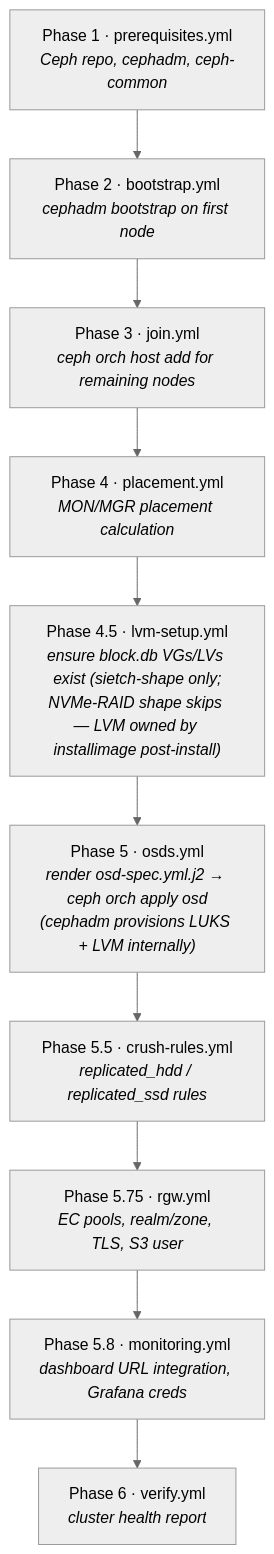
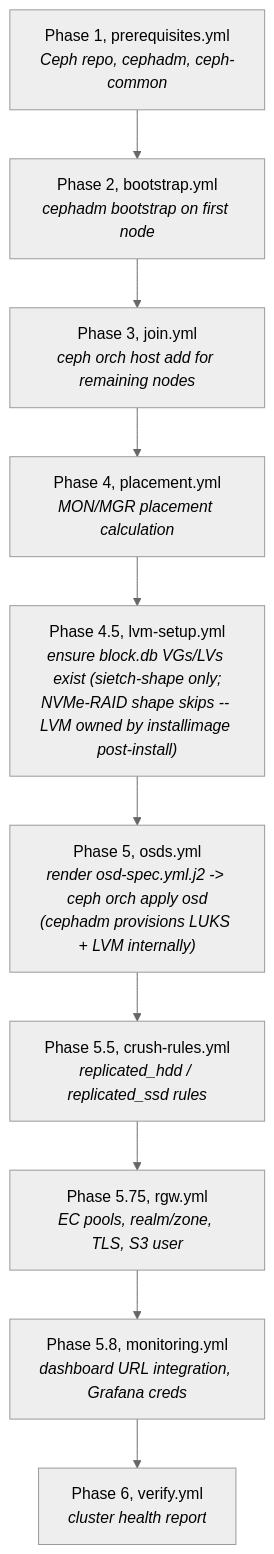
The fourth of 11 diagrams in ansible/ceph/docs/architecture.md (immich-app/yucca), drawn with Mermaid (neutral theme) before and after one commit. The commit also changed other lines of this file and 18 other files, not shown here.

````diff
--- a/ansible/ceph/docs/architecture.md
+++ b/ansible/ceph/docs/architecture.md
@@ -397,15 +397,15 @@
 ```mermaid
 flowchart TB
-    P1["Phase 1 · prerequisites.yml<br/><i>Ceph repo, cephadm, ceph-common</i>"]
-    P2["Phase 2 · bootstrap.yml<br/><i>cephadm bootstrap on first node</i>"]
-    P3["Phase 3 · join.yml<br/><i>ceph orch host add for remaining nodes</i>"]
-    P4["Phase 4 · placement.yml<br/><i>MON/MGR placement calculation</i>"]
-    P45["Phase 4.5 · lvm-setup.yml<br/><i>ensure block.db VGs/LVs exist (sietch-shape only;<br/>NVMe-RAID shape skips — LVM owned by installimage post-install)</i>"]
-    P5["Phase 5 · osds.yml<br/><i>render osd-spec.yml.j2 → ceph orch apply osd<br/>(cephadm provisions LUKS + LVM internally)</i>"]
-    P55["Phase 5.5 · crush-rules.yml<br/><i>replicated_hdd / replicated_ssd rules</i>"]
-    P575["Phase 5.75 · rgw.yml<br/><i>EC pools, realm/zone, TLS, S3 user</i>"]
-    P58["Phase 5.8 · monitoring.yml<br/><i>dashboard URL integration, Grafana creds</i>"]
-    P6["Phase 6 · verify.yml<br/><i>cluster health report</i>"]
+    P1["Phase 1, prerequisites.yml<br/><i>Ceph repo, cephadm, ceph-common</i>"]
+    P2["Phase 2, bootstrap.yml<br/><i>cephadm bootstrap on first node</i>"]
+    P3["Phase 3, join.yml<br/><i>ceph orch host add for remaining nodes</i>"]
+    P4["Phase 4, placement.yml<br/><i>MON/MGR placement calculation</i>"]
+    P45["Phase 4.5, lvm-setup.yml<br/><i>ensure block.db VGs/LVs exist (sietch-shape only;<br/>NVMe-RAID shape skips -- LVM owned by installimage post-install)</i>"]
+    P5["Phase 5, osds.yml<br/><i>render osd-spec.yml.j2 -> ceph orch apply osd<br/>(cephadm provisions LUKS + LVM internally)</i>"]
+    P55["Phase 5.5, crush-rules.yml<br/><i>replicated_hdd / replicated_ssd rules</i>"]
+    P575["Phase 5.75, rgw.yml<br/><i>EC pools, realm/zone, TLS, S3 user</i>"]
+    P58["Phase 5.8, monitoring.yml<br/><i>dashboard URL integration, Grafana creds</i>"]
+    P6["Phase 6, verify.yml<br/><i>cluster health report</i>"]
 
     P1 --> P2 --> P3 --> P4 --> P45 --> P5 --> P55 --> P575 --> P58 --> P6
 ```
````
